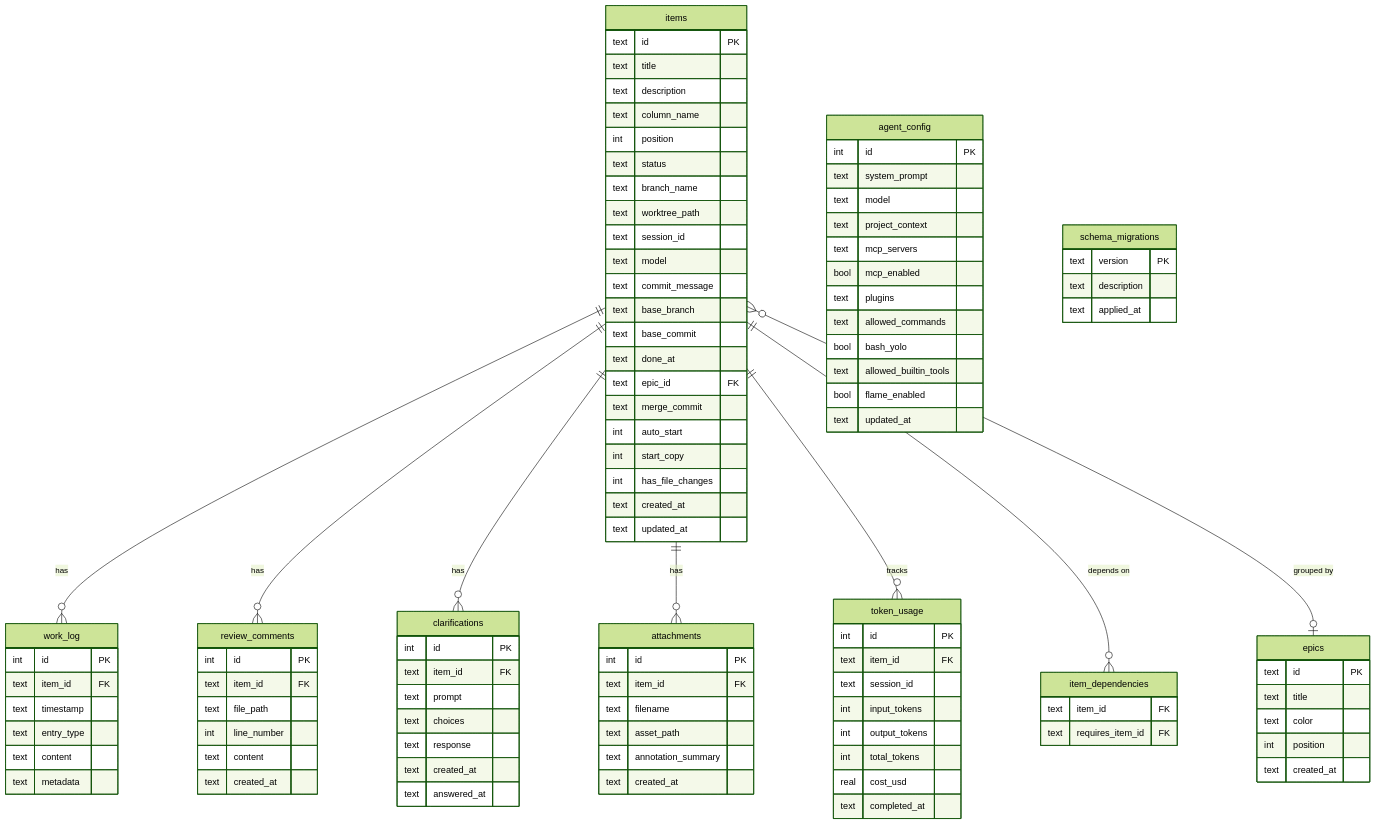
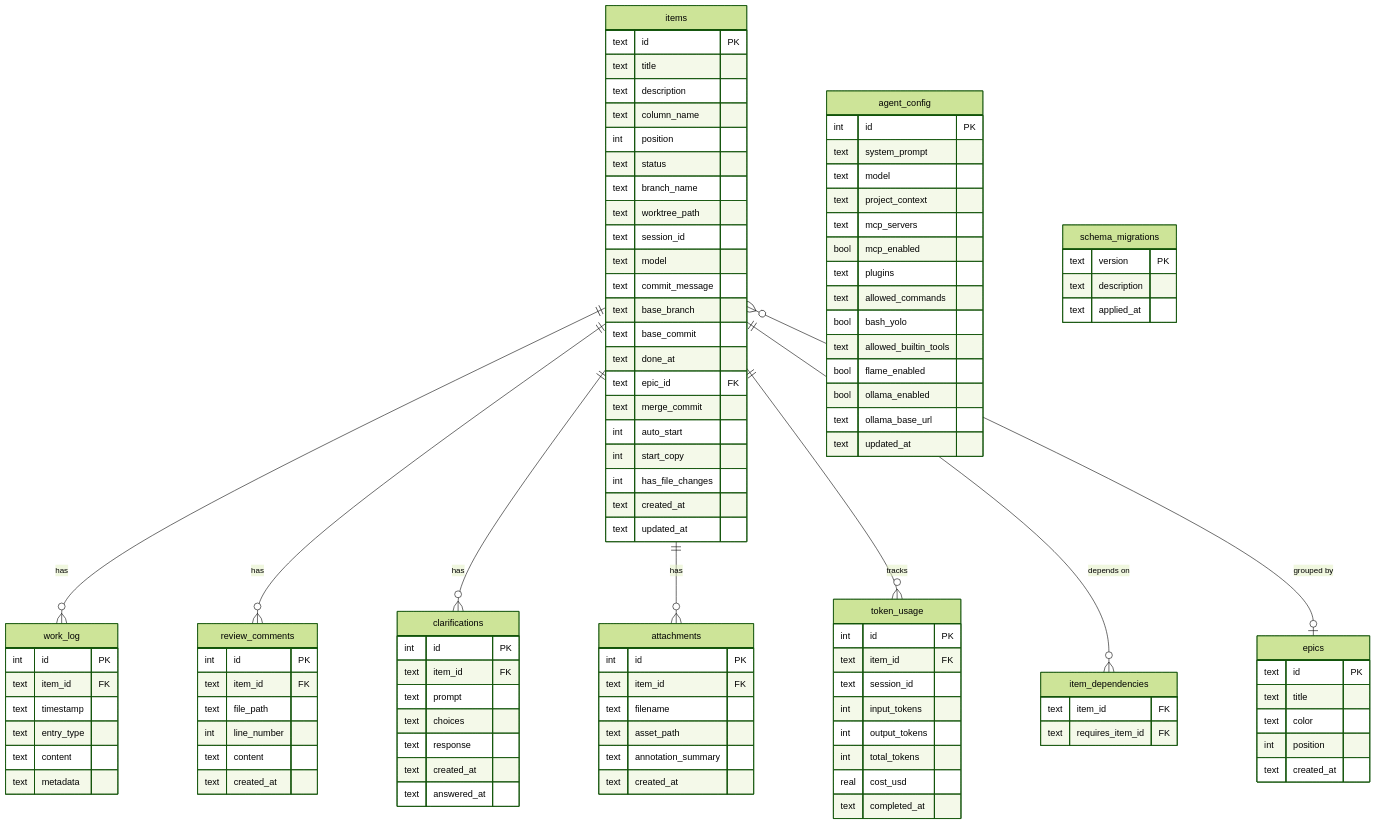
One commit to epatel/claude-agents-dashboard changed the fourth of 4 diagrams in README.md. Above: the diagram before and after it, drawn with Mermaid (forest theme). The commit also changed other lines of this file and 6 other files, not shown here.

```diff
--- a/README.md
+++ b/README.md
@@ -311,6 +312,8 @@
         bool bash_yolo
         text allowed_builtin_tools
         bool flame_enabled
+        bool ollama_enabled
+        text ollama_base_url
         text updated_at
     }
 
```
